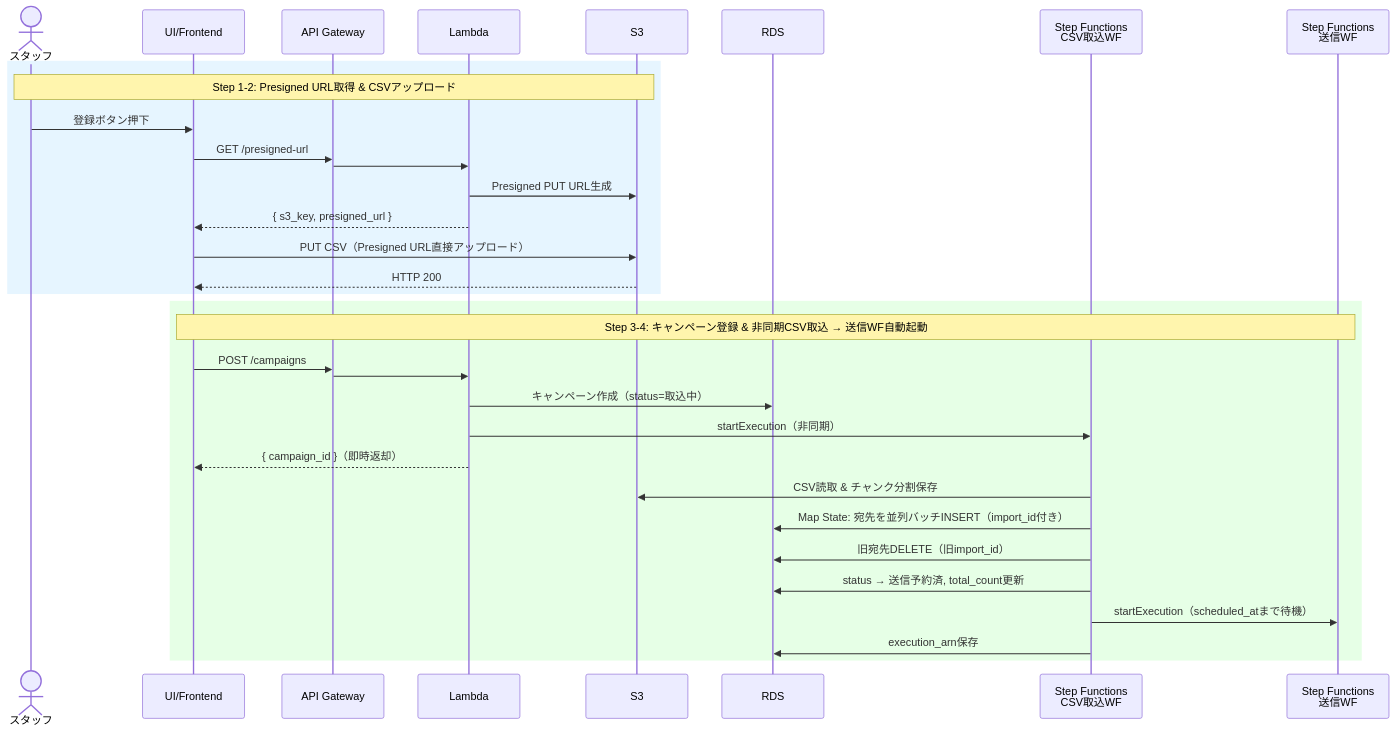
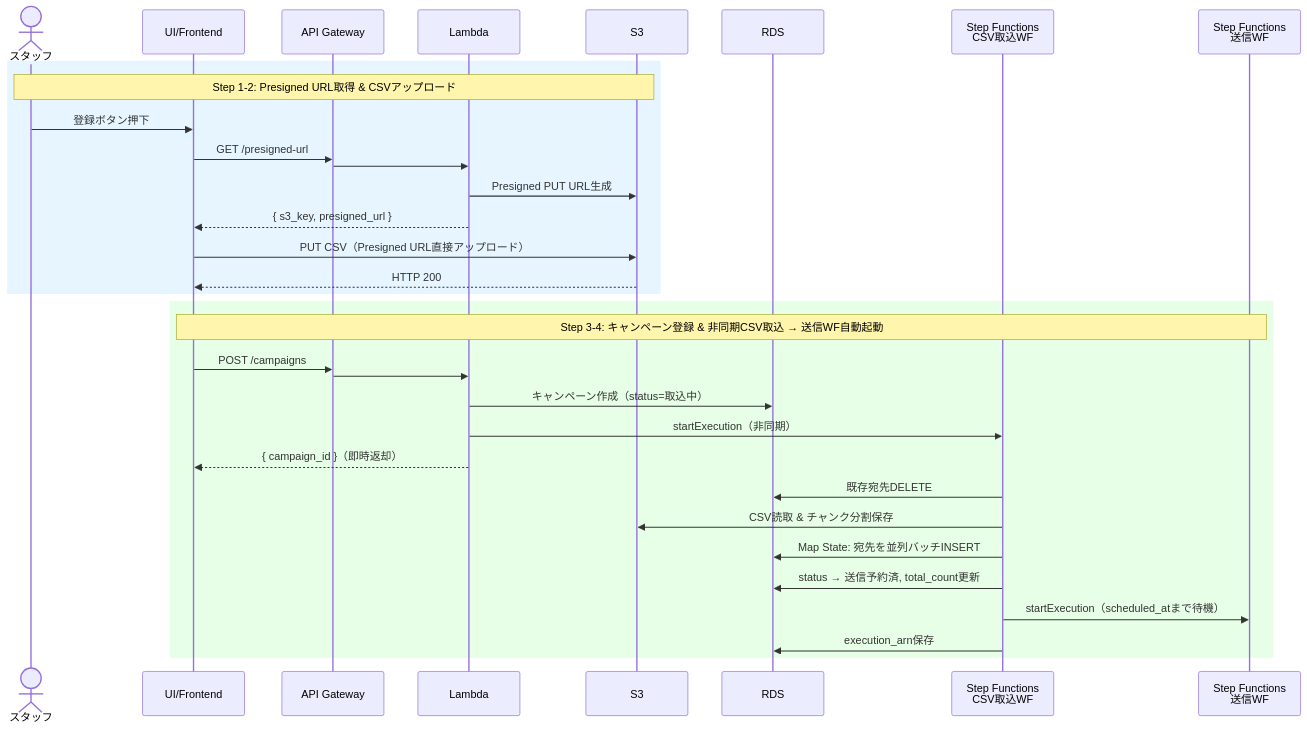
The third of 5 diagrams in docs/00-overview.md (muratariku0903/mass-emailing), drawn with Mermaid before and after one commit. The commit also changed other lines of this file and 4 other files, not shown here.

````diff
--- a/docs/00-overview.md
+++ b/docs/00-overview.md
@@ -76,38 +76,38 @@
 ```mermaid
 sequenceDiagram
     actor スタッフ
     participant UI as UI/Frontend
     participant APIGW as API Gateway
     participant Lambda as Lambda
     participant S3
     participant RDS
     participant SFn as Step Functions<br/>CSV取込WF
     participant SFn2 as Step Functions<br/>送信WF
 
     rect rgb(230, 245, 255)
     Note over スタッフ, S3: Step 1-2: Presigned URL取得 & CSVアップロード
     スタッフ->>UI: 登録ボタン押下
     UI->>APIGW: GET /presigned-url
     APIGW->>Lambda:
     Lambda->>S3: Presigned PUT URL生成
     Lambda-->>UI: { s3_key, presigned_url }
     UI->>S3: PUT CSV（Presigned URL直接アップロード）
     S3-->>UI: HTTP 200
     end
 
     rect rgb(230, 255, 230)
     Note over UI, SFn2: Step 3-4: キャンペーン登録 & 非同期CSV取込 → 送信WF自動起動
     UI->>APIGW: POST /campaigns
     APIGW->>Lambda:
     Lambda->>RDS: キャンペーン作成（status=取込中）
     Lambda->>SFn: startExecution（非同期）
     Lambda-->>UI: { campaign_id }（即時返却）
 
+    SFn->>RDS: 既存宛先DELETE
     SFn->>S3: CSV読取 & チャンク分割保存
-    SFn->>RDS: Map State: 宛先を並列バッチINSERT（import_id付き）
-    SFn->>RDS: 旧宛先DELETE（旧import_id）
+    SFn->>RDS: Map State: 宛先を並列バッチINSERT
     SFn->>RDS: status → 送信予約済, total_count更新
     SFn->>SFn2: startExecution（scheduled_atまで待機）
     SFn->>RDS: execution_arn保存
     end
 ```
````
